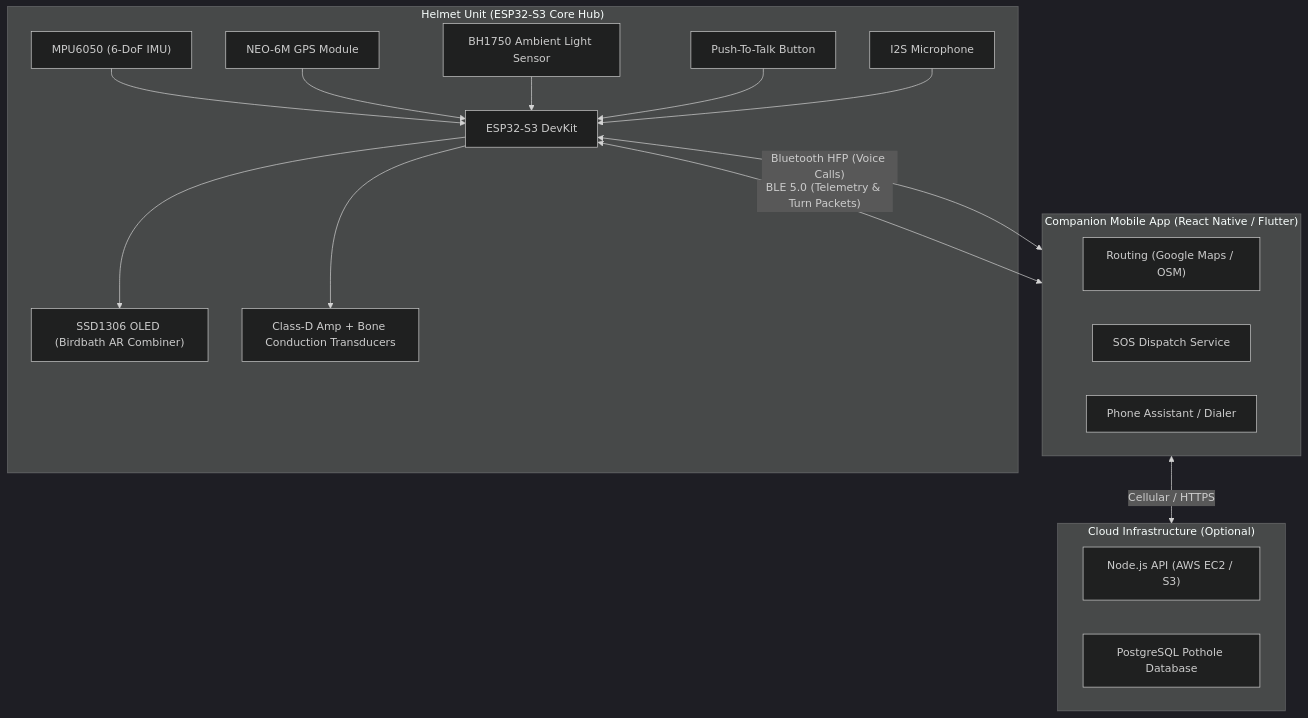
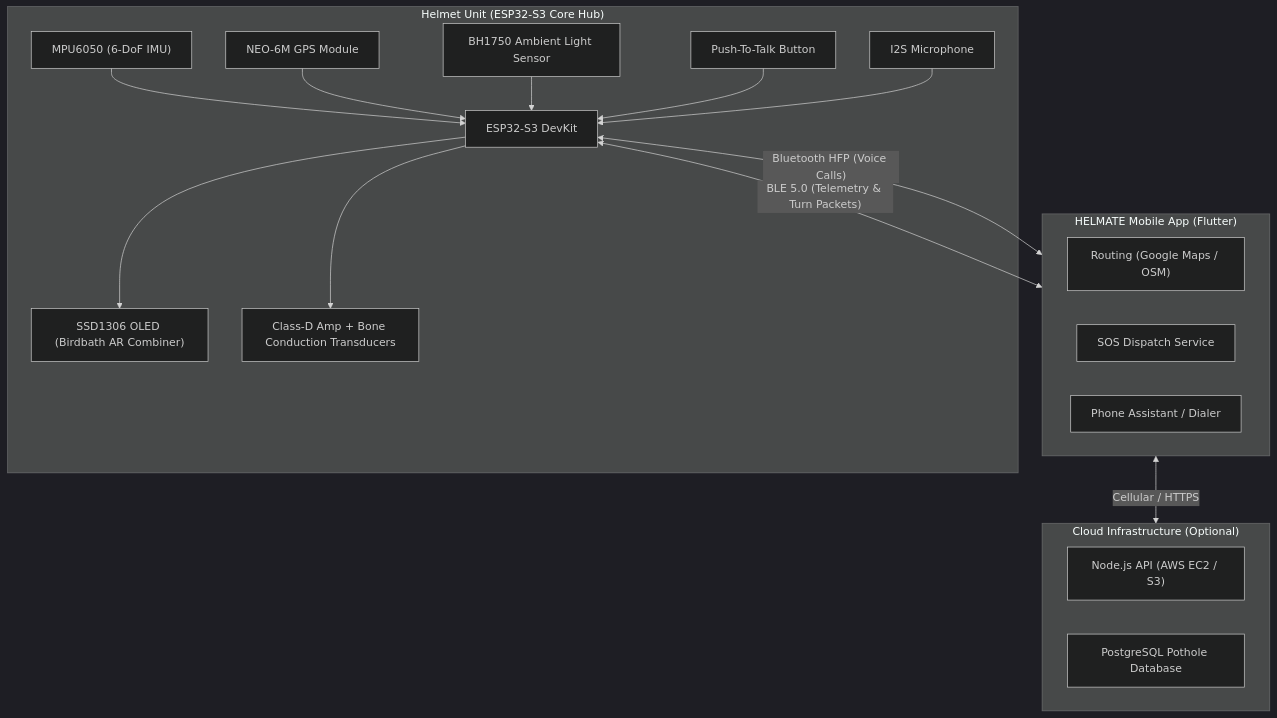
Before and after one commit to Kettydee/AI-Assisted-AR-Helmet-Navigation-System: the diagram in README.md, drawn with Mermaid (dark theme). The commit also changed other lines of this file and 50 other files, not shown here.

Commit message:
feat: add HELMATE Flutter companion app

````diff
--- a/README.md
+++ b/README.md
@@ -44,28 +44,28 @@
 ```mermaid
 flowchart TD
     subgraph Helmet["Helmet Unit (ESP32-S3 Core Hub)"]
         IMU["MPU6050 (6-DoF IMU)"] --> MCU["ESP32-S3 DevKit"]
         GPS["NEO-6M GPS Module"] --> MCU
         Light["BH1750 Ambient Light Sensor"] --> MCU
         PTT["Push-To-Talk Button"] --> MCU
         
         MCU --> OLED["SSD1306 OLED (Birdbath AR Combiner)"]
         MCU --> AudioAmp["Class-D Amp + Bone Conduction Transducers"]
         Mic["I2S Microphone"] --> MCU
     end
 
-    subgraph Phone["Companion Mobile App (React Native / Flutter)"]
+    subgraph Phone["HELMATE Mobile App (Flutter)"]
         RoutingEngine["Routing (Google Maps / OSM)"]
         EmergencyService["SOS Dispatch Service"]
         VoiceAgent["Phone Assistant / Dialer"]
     end
 
     subgraph Cloud["Cloud Infrastructure (Optional)"]
         Backend["Node.js API (AWS EC2 / S3)"]
         SpatialDB["PostgreSQL Pothole Database"]
     end
 
     MCU <-- "BLE 5.0 (Telemetry & Turn Packets)" --> Phone
     MCU <-- "Bluetooth HFP (Voice Calls)" --> Phone
     Phone <-- "Cellular / HTTPS" --> Cloud
 ```
````
